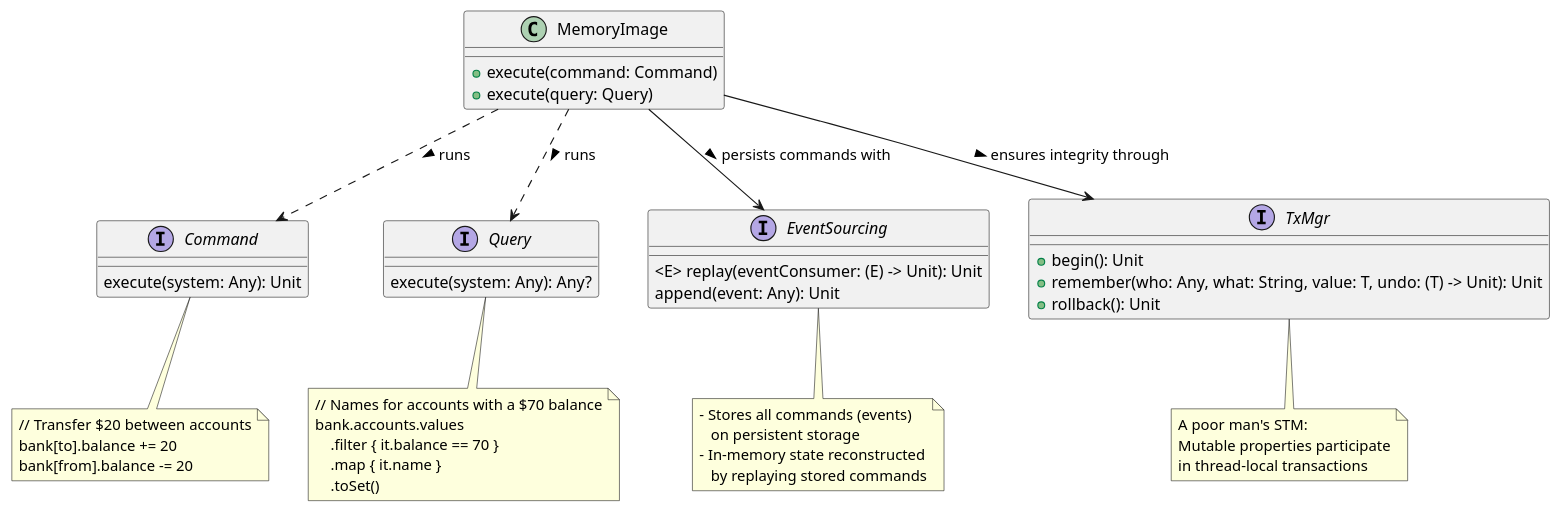
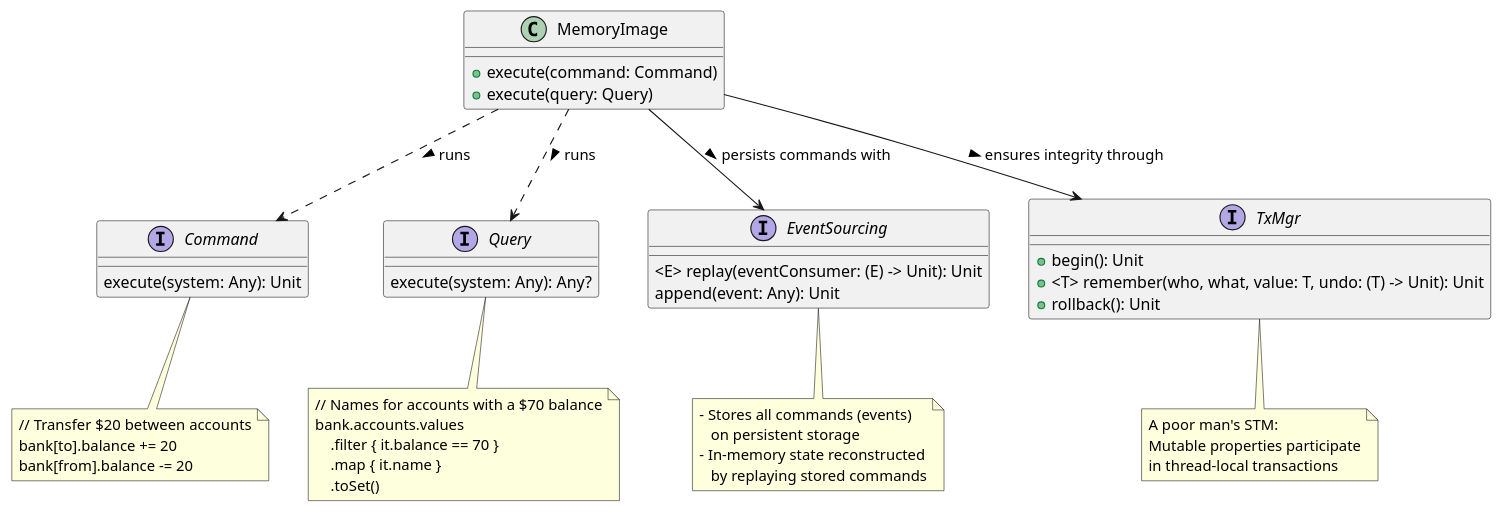
The diagram in kmemimg.puml (xrrocha/kmemimg), drawn with PlantUML before and after one commit. The commit also changed 4 other files, not shown here.

Commit message:
Updated UML class diagrams

```diff
--- a/kmemimg.puml
+++ b/kmemimg.puml
@@ -1,57 +1,57 @@
 @startuml
 
 together {
     interface Command {
         execute(system: Any): Unit
     }
     note bottom of Command
         // Transfer $20 between accounts
         bank[to].balance += 20
         bank[from].balance -= 20
     end note
 
     interface Query {
         execute(system: Any): Any?
     }
     note bottom of Query
         // Names for accounts with a $70 balance
         bank.accounts.values
             .filter { it.balance == 70 }
             .map { it.name }
             .toSet()
     end note
 }
 
 together {
     interface EventSourcing {
         <E> replay(eventConsumer: (E) -> Unit): Unit
         append(event: Any): Unit
     }
     note bottom of EventSourcing
         - Stores all commands (events)
            on persistent storage
         - In-memory state reconstructed
            by replaying stored commands
     end note
     interface TxMgr {
         + begin(): Unit
-        + remember(who: Any, what: String, value: T, undo: (T) -> Unit): Unit
+        + <T> remember(who, what, value: T, undo: (T) -> Unit): Unit
         + rollback(): Unit
     }
     note bottom of TxMgr
         A poor man's STM:
         Mutable properties participate
         in thread-local transactions
     end note
 }
 
 class MemoryImage {
     + execute(command: Command)
     + execute(query: Query)
 }
 MemoryImage ..> Command: runs >
 MemoryImage ..> Query: runs >
 MemoryImage --> EventSourcing: persists commands with >
 MemoryImage --> TxMgr: ensures integrity through >
 
 @enduml
```
